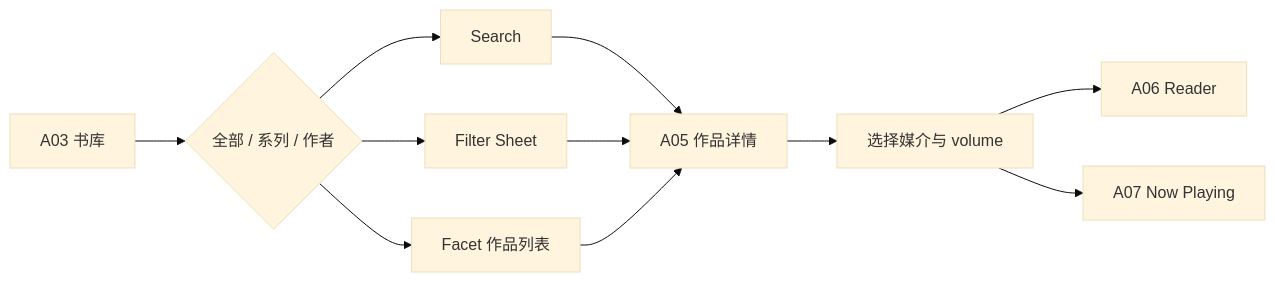
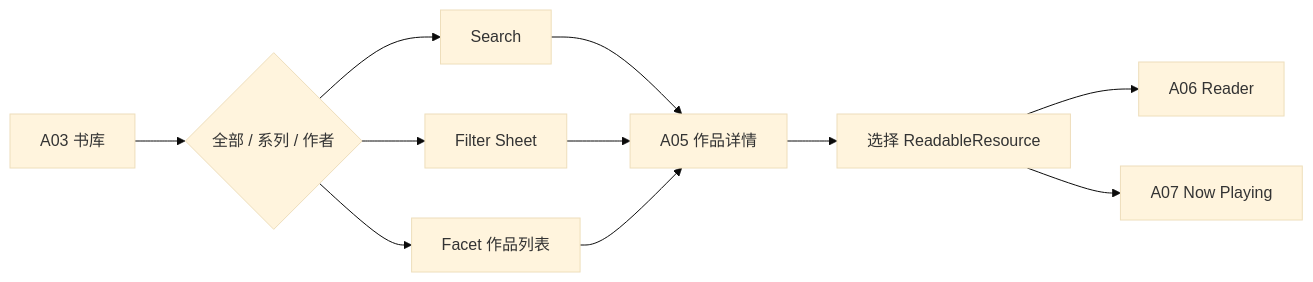
The third of 7 diagrams in docs/mobile-app-phase-3-user-flows-and-wireframes.md (GMD170629/ermao-library), drawn with Mermaid (base theme) before and after one commit. The commit also changed other lines of this file and 1993 other files, not shown here.

Commit message:
feat: synchronize backend architecture and mobile reader updates

````diff
--- a/docs/mobile-app-phase-3-user-flows-and-wireframes.md
+++ b/docs/mobile-app-phase-3-user-flows-and-wireframes.md
@@ -188,13 +190,13 @@
 ```mermaid
 flowchart LR
     Library["A03 书库"] --> Scope{"全部 / 系列 / 作者"}
     Scope --> Search["Search"]
     Scope --> Filter["Filter Sheet"]
     Scope --> Facet["Facet 作品列表"]
     Search --> Detail["A05 作品详情"]
     Filter --> Detail
     Facet --> Detail
-    Detail --> Media["选择媒介与 volume"]
-    Media --> Reader["A06 Reader"]
-    Media --> Playing["A07 Now Playing"]
+    Detail --> Resource["选择 ReadableResource"]
+    Resource --> Reader["A06 Reader"]
+    Resource --> Playing["A07 Now Playing"]
 ```
````
